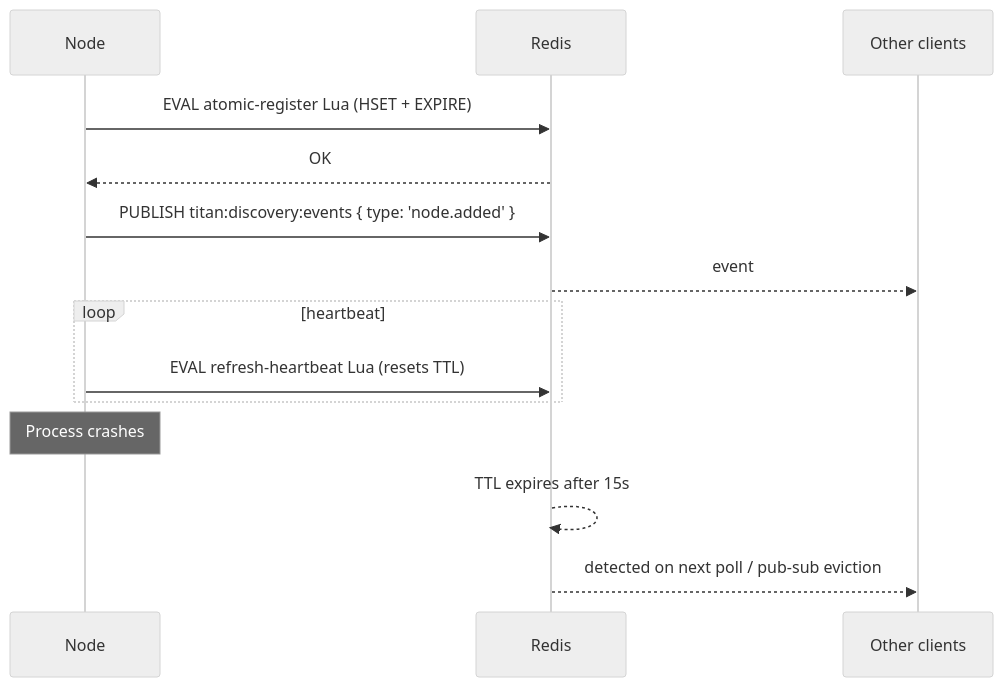
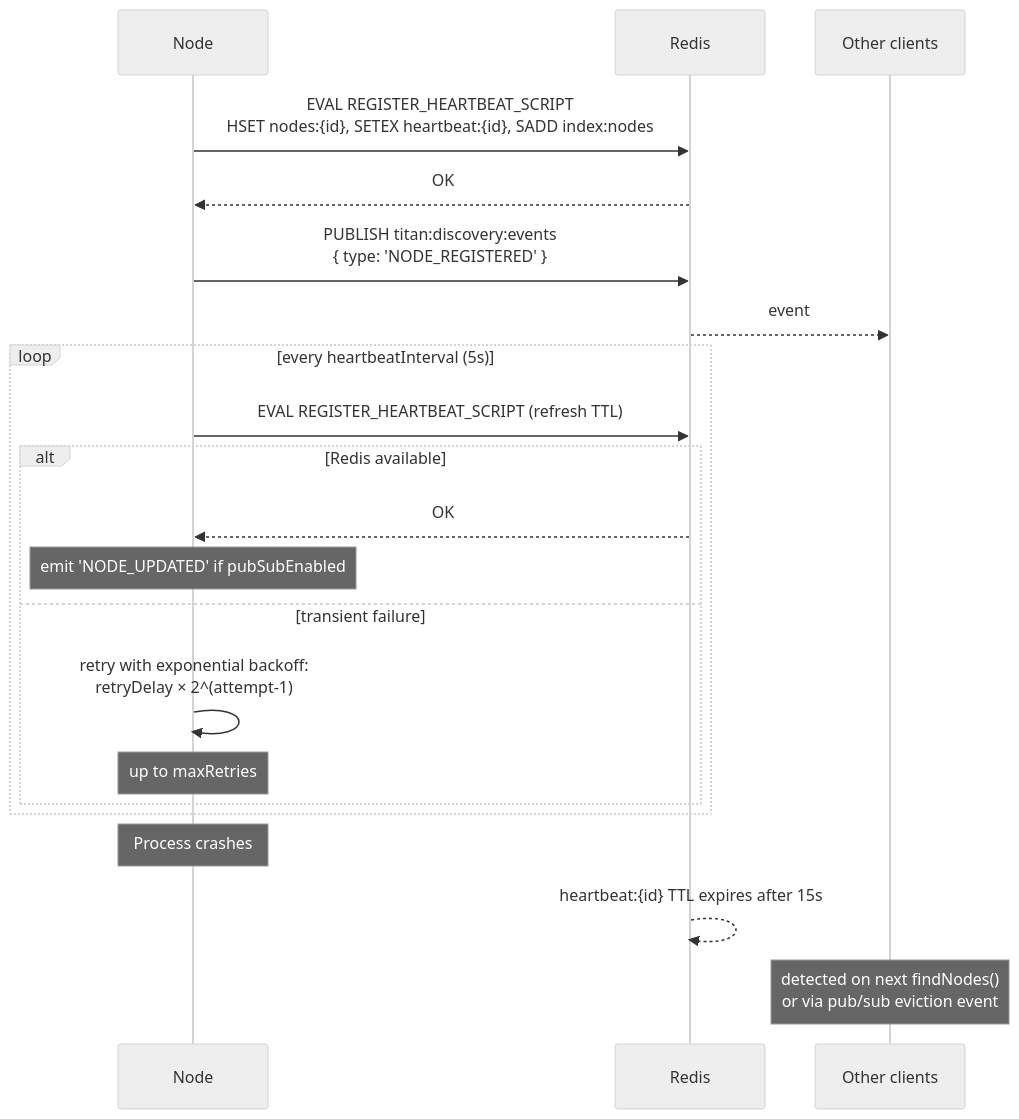
The first of 2 diagrams in docs/titan/modules/discovery.mdx (omnitron-dev/website), drawn with Mermaid (neutral theme) before and after one commit. The commit also changed other lines of this file and 4 other files, not shown here.

````diff
--- a/docs/titan/modules/discovery.mdx
+++ b/docs/titan/modules/discovery.mdx
@@ -122,17 +151,24 @@
 ```mermaid
 sequenceDiagram
   participant N as Node
   participant R as Redis
   participant C as Other clients
 
-  N->>R: EVAL atomic-register Lua (HSET + EXPIRE)
+  N->>R: EVAL REGISTER_HEARTBEAT_SCRIPT<br/>HSET nodes:{id}, SETEX heartbeat:{id}, SADD index:nodes
   R-->>N: OK
-  N->>R: PUBLISH titan:discovery:events { type: 'node.added' }
+  N->>R: PUBLISH titan:discovery:events<br/>{ type: 'NODE_REGISTERED' }
   R-->>C: event
-  loop heartbeat
-    N->>R: EVAL refresh-heartbeat Lua (resets TTL)
+  loop every heartbeatInterval (5s)
+    N->>R: EVAL REGISTER_HEARTBEAT_SCRIPT (refresh TTL)
+    alt Redis available
+      R-->>N: OK
+      Note over N: emit 'NODE_UPDATED' if pubSubEnabled
+    else transient failure
+      N->>N: retry with exponential backoff:<br/>retryDelay × 2^(attempt-1)
+      Note over N: up to maxRetries
+    end
   end
   Note over N: Process crashes
-  R-->>R: TTL expires after 15s
-  R-->>C: detected on next poll / pub-sub eviction
+  R-->>R: heartbeat:{id} TTL expires after 15s
+  Note over C: detected on next findNodes()<br/>or via pub/sub eviction event
 ```
````
